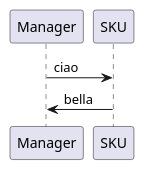
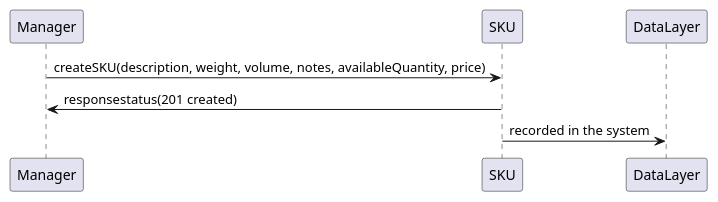
One commit to robsanity/JavascriptBackEndProjectAndTesting changed the second of 5 diagrams in DesignDocument.md. Above: the diagram before and after it, drawn with PlantUML.

````diff
--- a/DesignDocument.md
+++ b/DesignDocument.md
@@ -248,5 +248,6 @@
 ```plantuml
-Manager -> SKU: ciao
-SKU-> Manager : bella
+Manager -> SKU: createSKU(description, weight, volume, notes, availableQuantity, price)
+SKU->Manager: responsestatus(201 created)
+SKU->DataLayer: recorded in the system 
 
 ```
````
